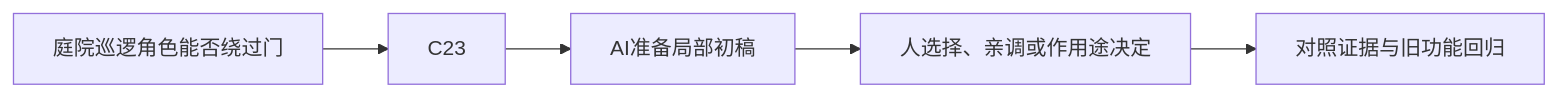
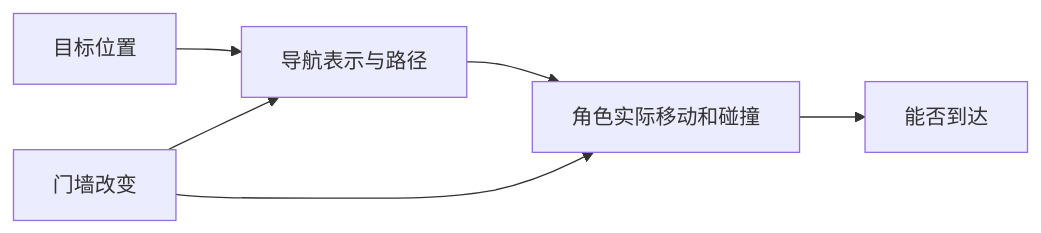
Before and after one commit to Zilur/ai-3d-game-learning: the diagram in curriculum/lessons/I08.md, drawn with Mermaid. The commit also changed other lines of this file and 164 other files, not shown here.

Commit message:
docs: publish 47 step-by-step AI lesson flows, world upgrade and optional training corner

````diff
--- a/curriculum/lessons/I08.md
+++ b/curriculum/lessons/I08.md
@@ -38,7 +35,8 @@
 ```mermaid
 flowchart LR
-  S["庭院巡逻角色能否绕过门"] --> K["C23"]
-  K --> AI["AI准备局部初稿"]
-  AI --> H["人选择、亲调或作用途决定"]
-  H --> V["对照证据与旧功能回归"]
+ G["目标位置"] --> N["导航表示与路径"]
+ N --> C["角色实际移动和碰撞"]
+ C --> E["能否到达"]
+ W["门墙改变"] --> N
+ W --> C
 ```
````
